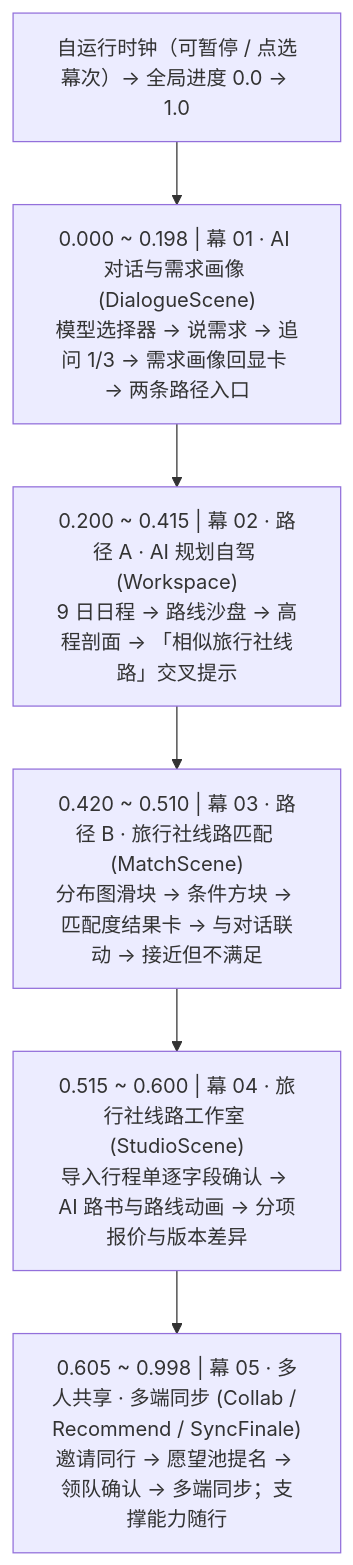
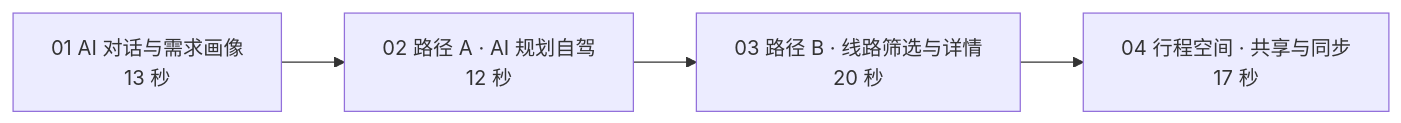
Before and after one commit to JohnMaxwell0123/TripCraft: the third of 6 diagrams in docs/SHOWCASE-web-design.md, drawn with Mermaid. The commit also changed other lines of this file and 4 other files, not shown here.

````diff
--- a/docs/SHOWCASE-web-design.md
+++ b/docs/SHOWCASE-web-design.md
@@ -111,10 +150,4 @@
 ```mermaid
-flowchart TD
-    CLOCK["自运行时钟（可暂停 / 点选幕次）→ 全局进度 0.0 → 1.0"]
-
-    CLOCK --> S1["0.000 ~ 0.198 | 幕 01 · AI 对话与需求画像 (DialogueScene)<br/>模型选择器 → 说需求 → 追问 1/3 → 需求画像回显卡 → 两条路径入口"]
-    S1 --> S2["0.200 ~ 0.415 | 幕 02 · 路径 A · AI 规划自驾 (Workspace)<br/>9 日日程 → 路线沙盘 → 高程剖面 → 「相似旅行社线路」交叉提示"]
-    S2 --> S3["0.420 ~ 0.510 | 幕 03 · 路径 B · 旅行社线路匹配 (MatchScene)<br/>分布图滑块 → 条件方块 → 匹配度结果卡 → 与对话联动 → 接近但不满足"]
-    S3 --> S4["0.515 ~ 0.600 | 幕 04 · 旅行社线路工作室 (StudioScene)<br/>导入行程单逐字段确认 → AI 路书与路线动画 → 分项报价与版本差异"]
-    S4 --> S5["0.605 ~ 0.998 | 幕 05 · 多人共享 · 多端同步 (Collab / Recommend / SyncFinale)<br/>邀请同行 → 愿望池提名 → 领队确认 → 多端同步；支撑能力随行"]
+flowchart LR
+    S1["01 AI 对话与需求画像<br/>13 秒"] --> S2["02 路径 A · AI 规划自驾<br/>12 秒"] --> S3["03 路径 B · 线路筛选与详情<br/>20 秒"] --> S4["04 行程空间 · 共享与同步<br/>17 秒"]
 ```
````
